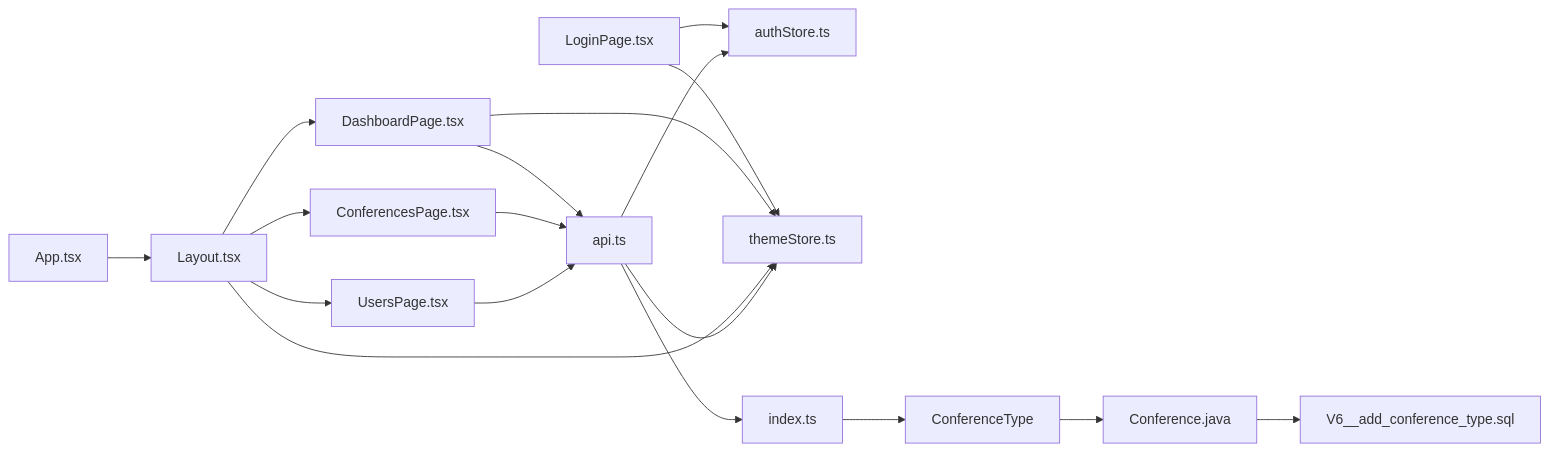
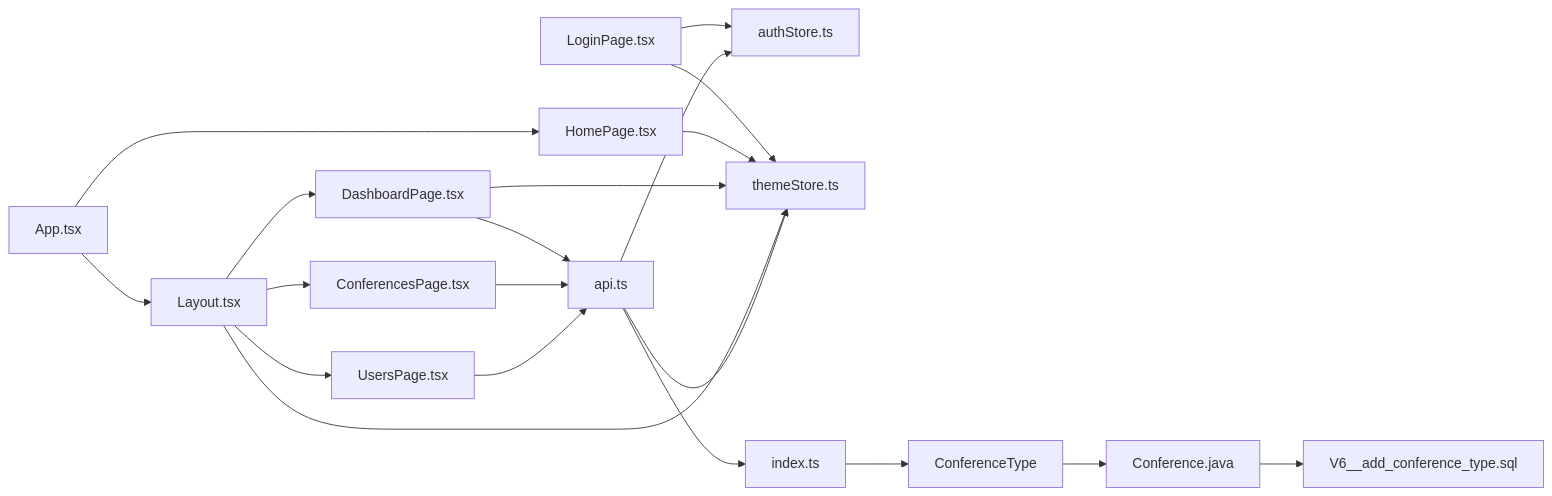
One commit to Vostrikov2014/vks-qoder changed the third of 3 diagrams in .qoder/repowiki/en/content/Frontend Application/Pages and Components.md. Above: the diagram before and after it, drawn with Mermaid. The commit also changed other lines of this file and 18 other files, not shown here.

````diff
--- a/.qoder/repowiki/en/content/Frontend Application/Pages and Components.md
+++ b/.qoder/repowiki/en/content/Frontend Application/Pages and Components.md
@@ -515,20 +569,22 @@
 ```mermaid
 graph LR
-App["App.tsx"] --> Layout["Layout.tsx"]
+App["App.tsx"] --> HomePage["HomePage.tsx"]
+App --> Layout["Layout.tsx"]
 Layout --> Dashboard["DashboardPage.tsx"]
 Layout --> Conferences["ConferencesPage.tsx"]
 Layout --> Users["UsersPage.tsx"]
 LoginPage["LoginPage.tsx"] --> AuthStore["authStore.ts"]
 LoginPage --> ThemeStore["themeStore.ts"]
+HomePage --> ThemeStore
 Dashboard --> API["api.ts"]
 Conferences --> API
 Users --> API
 Dashboard --> ThemeStore
 Layout --> ThemeStore
 API --> AuthStore
 API --> ThemeStore
 API --> Types["index.ts"]
 Types --> ConferenceType["ConferenceType"]
 ConferenceType --> DomainModel["Conference.java"]
 DomainModel --> DBMigration["V6__add_conference_type.sql"]
 ```
````
